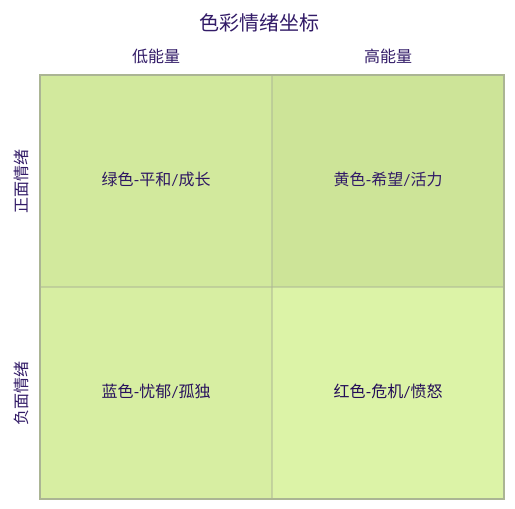
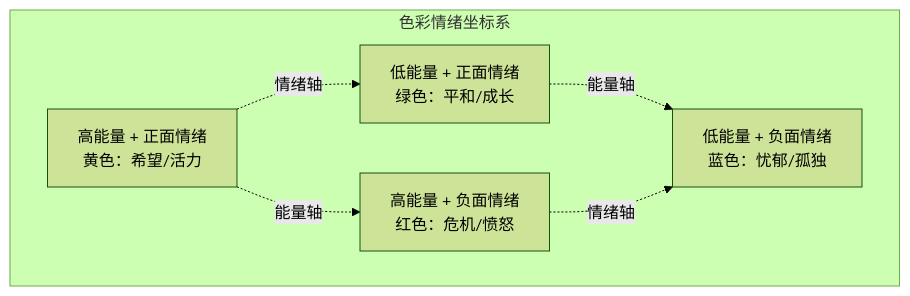
One commit to thedeathsheep/pocaster.github.io changed the third of 3 diagrams in _posts/2024-10-03-游戏叙事和文本研究.md. Above: the diagram before and after it, drawn with Mermaid (forest theme). The commit also changed other lines of this file, not shown here.

Commit message:
更新色彩情绪坐标的图表表示，采用Mermaid图形和表格形式，增强内容的可视化效果和清晰度。

```diff
--- a/_posts/2024-10-03-游戏叙事和文本研究.md
+++ b/_posts/2024-10-03-游戏叙事和文本研究.md
@@ -286,10 +287,14 @@
 <div class="mermaid">
-quadrantChart
-    title 色彩情绪坐标
-    x-axis 低能量 --> 高能量
-    y-axis 负面情绪 --> 正面情绪
-    quadrant-1 黄色-希望/活力
-    quadrant-2 绿色-平和/成长
-    quadrant-3 蓝色-忧郁/孤独
-    quadrant-4 红色-危机/愤怒
+graph TB
+    subgraph 色彩情绪坐标系
+        A["高能量 + 正面情绪<br/>黄色：希望/活力"]
+        B["低能量 + 正面情绪<br/>绿色：平和/成长"]
+        C["低能量 + 负面情绪<br/>蓝色：忧郁/孤独"]
+        D["高能量 + 负面情绪<br/>红色：危机/愤怒"]
+    end
+    
+    A -.能量轴.-> D
+    B -.能量轴.-> C
+    A -.情绪轴.-> B
+    D -.情绪轴.-> C
 </div>
```
